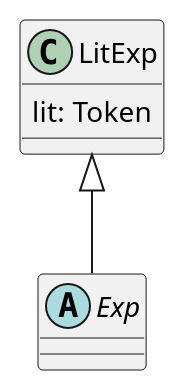
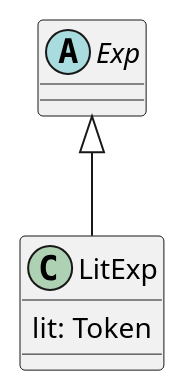
The first of 3 diagrams in textbook/06-v0.md (ourPLCC/course-materials-ng), drawn with PlantUML before and after one commit. The commit also changed other lines of this file, not shown here.

````diff
--- a/textbook/06-v0.md
+++ b/textbook/06-v0.md
@@ -102,11 +102,11 @@
 ```plantuml
 @startuml
 abstract class Exp
 
 class LitExp {
   lit: Token
 }
 
-LitExp <|-- Exp
+Exp <|-- LitExp
 @enduml
 ```
````
